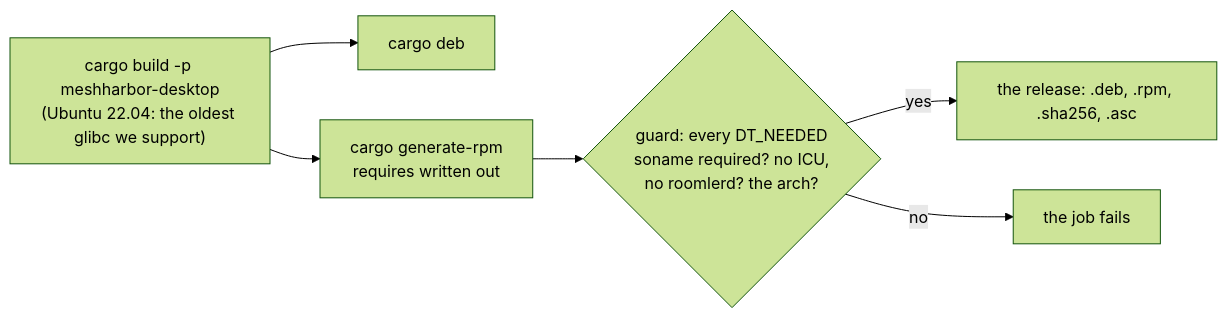
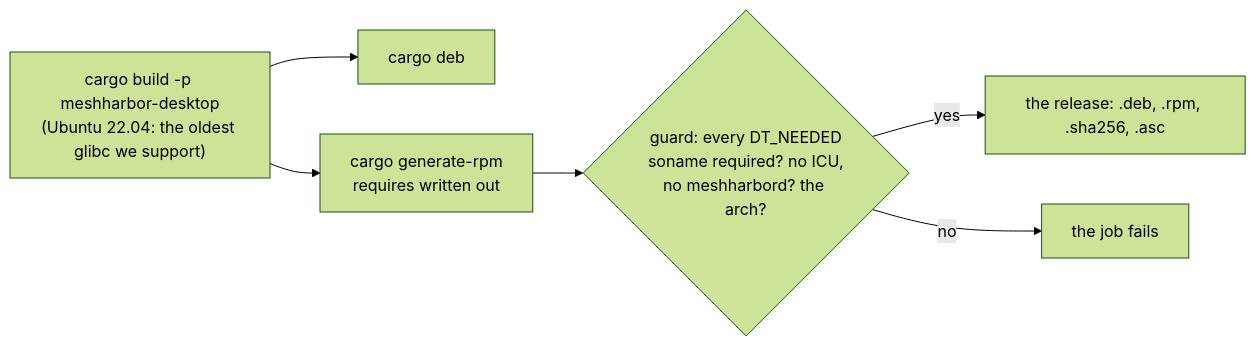
One commit to jk-zhang-meta/MeshHarbor changed the ninth of 12 diagrams in docs/desktop-companion.md. Above: the diagram before and after it, drawn with Mermaid (forest theme). The commit also changed other lines of this file and 682 other files, not shown here.

````diff
--- a/docs/desktop-companion.md
+++ b/docs/desktop-companion.md
@@ -538,8 +538,8 @@
 ```mermaid
 flowchart LR
   B["cargo build -p meshharbor-desktop<br/>(Ubuntu 22.04: the oldest glibc we support)"] --> D["cargo deb"]
   B --> R["cargo generate-rpm<br/>requires written out"]
-  R --> G{"guard: every DT_NEEDED<br/>soname required? no ICU,<br/>no roomlerd? the arch?"}
+  R --> G{"guard: every DT_NEEDED<br/>soname required? no ICU,<br/>no meshharbord? the arch?"}
   G -- yes --> U["the release: .deb, .rpm, .sha256, .asc"]
   G -- no --> F["the job fails"]
 ```
````
